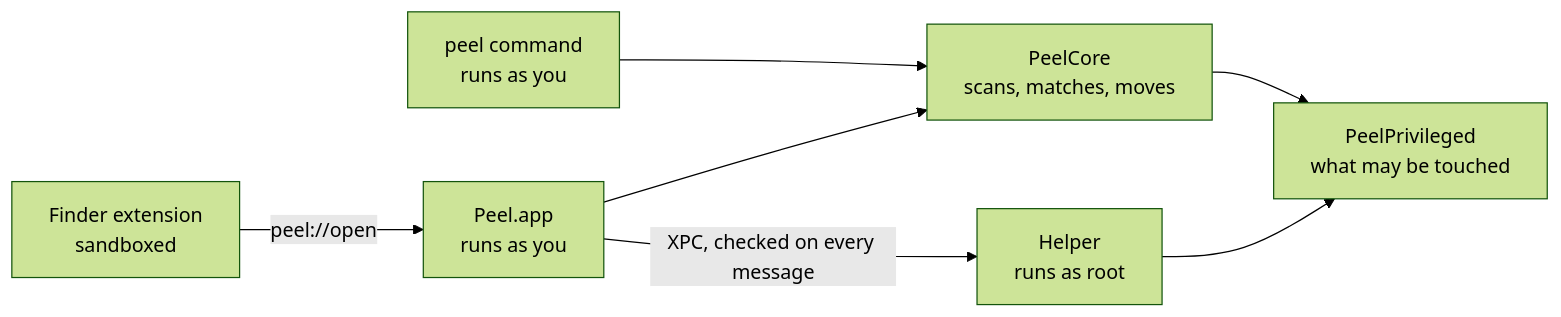
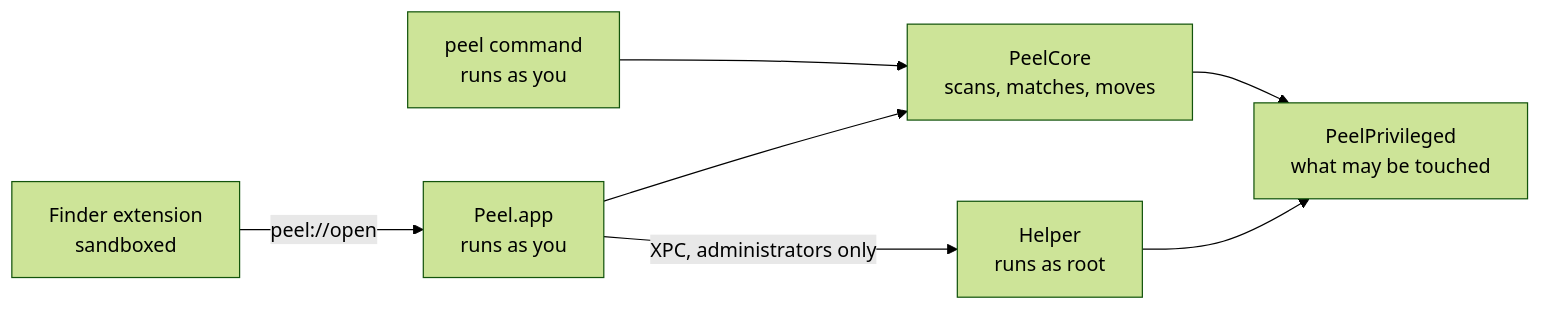
One commit to TuguiDragos/Peel changed the diagram in ARCHITECTURE.md. Above: the diagram before and after it, drawn with Mermaid (forest theme). The commit also changed other lines of this file and 4 other files, not shown here.

````diff
--- a/ARCHITECTURE.md
+++ b/ARCHITECTURE.md
@@ -18,9 +18,9 @@
 ```mermaid
 flowchart LR
     Finder["Finder extension<br>sandboxed"] -- "peel://open" --> App["Peel.app<br>runs as you"]
     CLI["peel command<br>runs as you"] --> Core["PeelCore<br>scans, matches, moves"]
     App --> Core
-    App -- "XPC, checked on every message" --> Helper["Helper<br>runs as root"]
+    App -- "XPC, administrators only" --> Helper["Helper<br>runs as root"]
     Core --> Privileged["PeelPrivileged<br>what may be touched"]
     Helper --> Privileged
 ```
````
